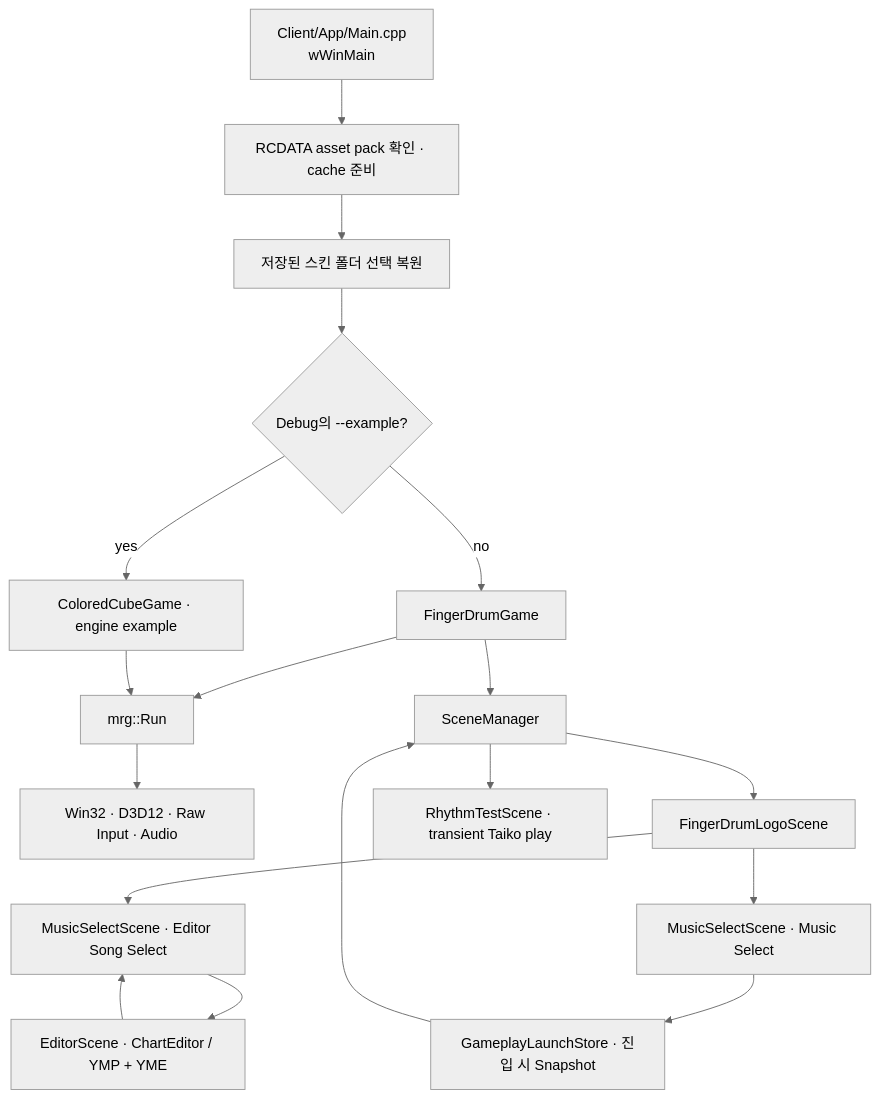
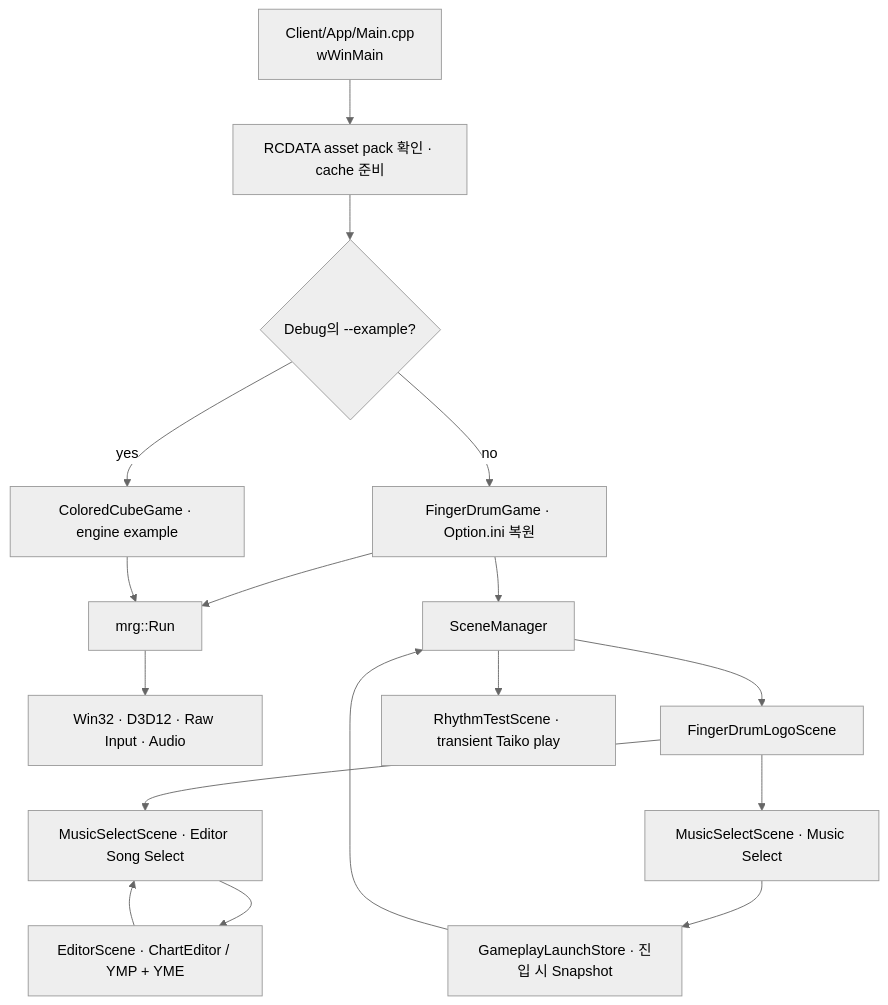
One commit to 4dblackhole/MyRhythmGame-Client changed the diagram in Docs/ExecutionFlow.md. Above: the diagram before and after it, drawn with Mermaid (neutral theme). The commit also changed other lines of this file and 31 other files, not shown here.

````diff
--- a/Docs/ExecutionFlow.md
+++ b/Docs/ExecutionFlow.md
@@ -6,20 +6,19 @@
 ```mermaid
 flowchart TD
     Entry["Client/App/Main.cpp\nwWinMain"] --> Assets["RCDATA asset pack 확인 · cache 준비"]
-    Assets --> Skin["저장된 스킨 폴더 선택 복원"]
-    Skin --> Route{"Debug의 --example?"}
-    Route -->|"no"| Game["FingerDrumGame"]
+    Assets --> Route{"Debug의 --example?"}
+    Route -->|"no"| Game["FingerDrumGame · Option.ini 복원"]
     Route -->|"yes"| Example["ColoredCubeGame · engine example"]
     Game --> Run["mrg::Run"]
     Example --> Run
     Run --> Systems["Win32 · D3D12 · Raw Input · Audio"]
     Game --> Manager["SceneManager"]
     Manager --> Logo["FingerDrumLogoScene"]
     Logo --> Lobby["MusicSelectScene · Music Select"]
     Logo --> EditorSelect["MusicSelectScene · Editor Song Select"]
     EditorSelect --> Editor["EditorScene · ChartEditor / YMP + YME"]
     Editor --> EditorSelect
     Lobby --> Request["GameplayLaunchStore · 진입 시 Snapshot"]
     Request --> Manager
     Manager --> Test["RhythmTestScene · transient Taiko play"]
 ```
````
